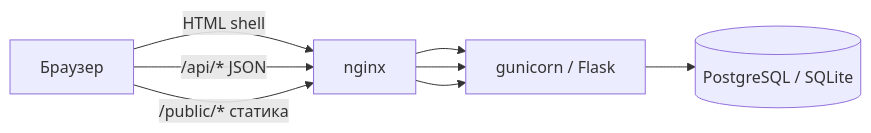
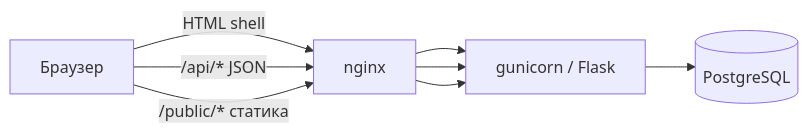
One commit to volodymyrk8/wiring changed the diagram in docs/architecture.md. Above: the diagram before and after it, drawn with Mermaid. The commit also changed other lines of this file and 14 other files, not shown here.

Commit message:
refactor: drop SQLite completely and use PostgreSQL exclusively

````diff
--- a/docs/architecture.md
+++ b/docs/architecture.md
@@ -21,11 +21,11 @@
 ```mermaid
 flowchart LR
   Browser[Браузер]
   Nginx[nginx]
   Gunicorn[gunicorn / Flask]
-  DB[(PostgreSQL / SQLite)]
+  DB[(PostgreSQL)]
   Browser -->|HTML shell| Nginx --> Gunicorn
   Browser -->|/api/* JSON| Nginx --> Gunicorn
   Browser -->|/public/* статика| Nginx --> Gunicorn
   Gunicorn --> DB
 ```
````
